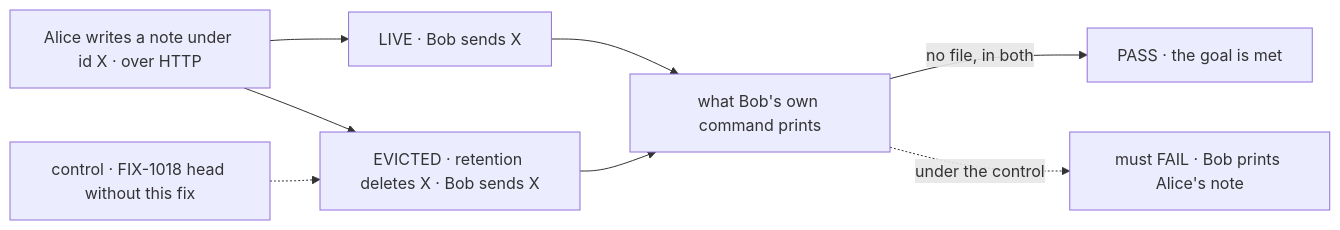
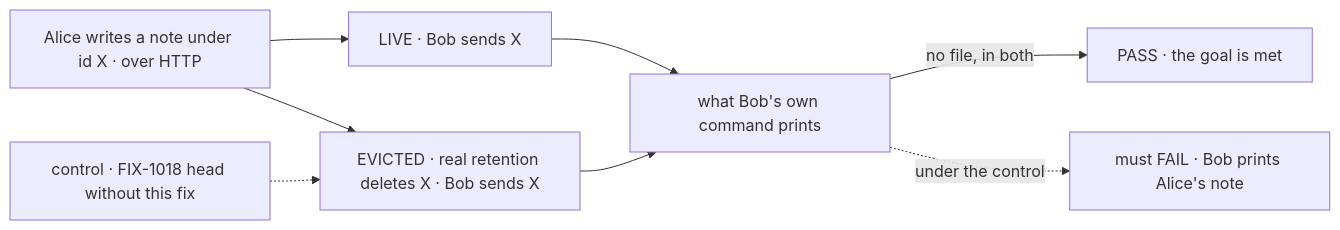
The diagram in specs/issues/FIX-1286/SPEC.md (fixpoint-labs/flow-state-dev), drawn with Mermaid before and after one commit. The commit also changed other lines of this file and 11 other files, not shown here.

````diff
--- a/specs/issues/FIX-1286/SPEC.md
+++ b/specs/issues/FIX-1286/SPEC.md
@@ -33,10 +34,10 @@
 ```mermaid
 flowchart LR
   A["Alice writes a note under id X · over HTTP"] --> L["LIVE · Bob sends X"]
-  A --> E["EVICTED · retention deletes X · Bob sends X"]
+  A --> E["EVICTED · real retention deletes X · Bob sends X"]
   L --> R["what Bob's own command prints"]
   E --> R
   R -->|"no file, in both"| P["PASS · the goal is met"]
   C["control · FIX-1018 head without this fix"] -.-> E
   R -.->|"under the control"| F["must FAIL · Bob prints Alice's note"]
 ```
````
